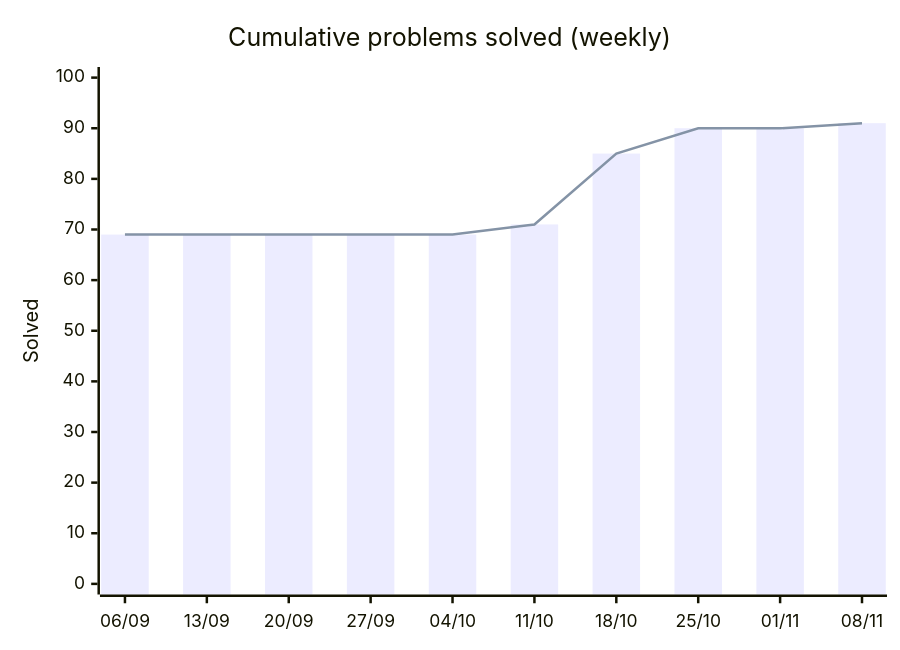
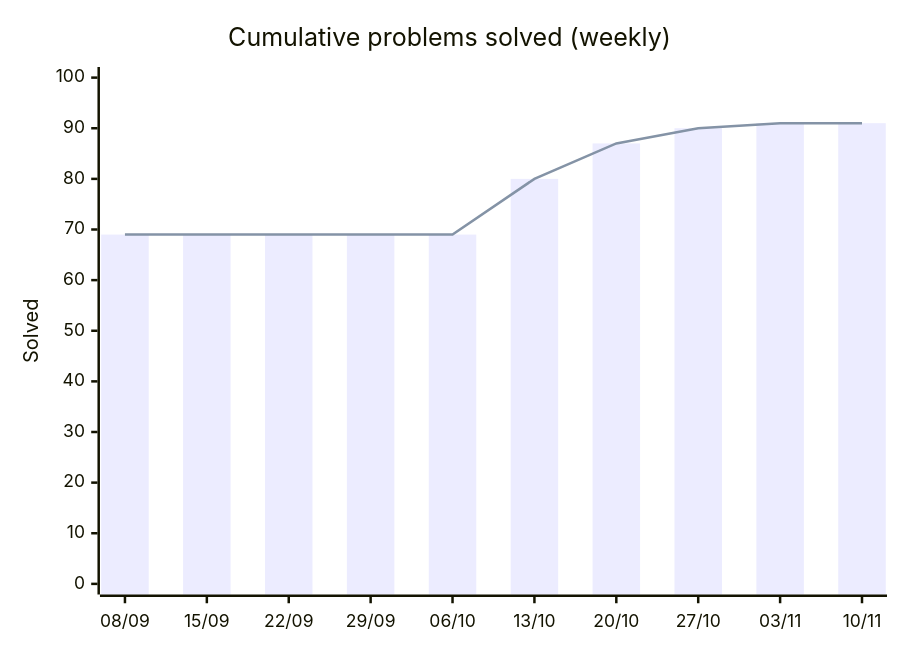
One commit to HarryTrn/TensorTonic-Solutions changed the first of 2 diagrams in README.md. Above: the diagram before and after it, drawn with Mermaid. The commit also changed other lines of this file, not shown here.

Commit message:
docs: auto-update README [skip ci]

````diff
--- a/README.md
+++ b/README.md
@@ -65,8 +65,8 @@
 ```mermaid
 xychart-beta
     title "Cumulative problems solved (weekly)"
-    x-axis ["06/09", "13/09", "20/09", "27/09", "04/10", "11/10", "18/10", "25/10", "01/11", "08/11"]
+    x-axis ["08/09", "15/09", "22/09", "29/09", "06/10", "13/10", "20/10", "27/10", "03/11", "10/11"]
     y-axis "Solved" 0 --> 100
-    bar [69, 69, 69, 69, 69, 71, 85, 90, 90, 91]
-    line [69, 69, 69, 69, 69, 71, 85, 90, 90, 91]
+    bar [69, 69, 69, 69, 69, 80, 87, 90, 91, 91]
+    line [69, 69, 69, 69, 69, 80, 87, 90, 91, 91]
 ```
````
